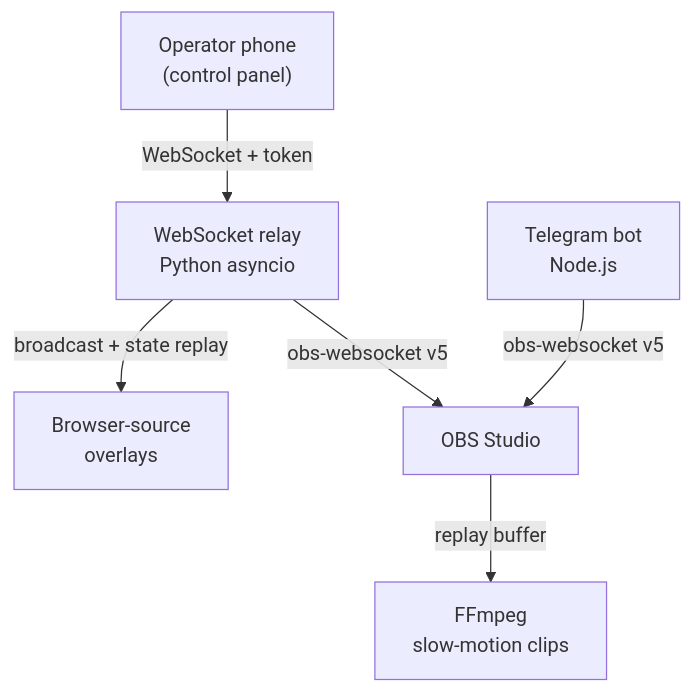
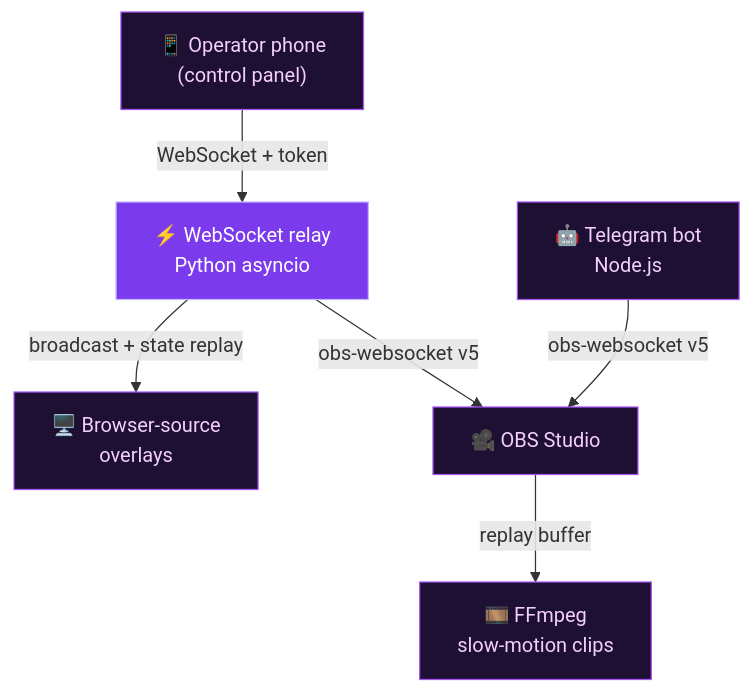
The first of 2 diagrams in README.md (Ol3Ramirez/Ol3Ramirez), drawn with Mermaid before and after one commit. The commit also changed other lines of this file and 1 other file, not shown here.

First line of the commit message:
feat(profile): restore visual layer with banner, tech icons and diagrams

````diff
--- a/README.md
+++ b/README.md
@@ -25,8 +87,12 @@
 ```mermaid
 flowchart TD
-  phone["Operator phone<br/>(control panel)"] -->|"WebSocket + token"| relay["WebSocket relay<br/>Python asyncio"]
-  relay -->|"broadcast + state replay"| overlays["Browser-source<br/>overlays"]
-  relay -->|"obs-websocket v5"| obs["OBS Studio"]
-  obs -->|"replay buffer"| ffmpeg["FFmpeg<br/>slow-motion clips"]
-  bot["Telegram bot<br/>Node.js"] -->|"obs-websocket v5"| obs
+  phone["📱 Operator phone<br/>(control panel)"] -->|"WebSocket + token"| relay["⚡ WebSocket relay<br/>Python asyncio"]
+  relay -->|"broadcast + state replay"| overlays["🖥️ Browser-source<br/>overlays"]
+  relay -->|"obs-websocket v5"| obs["🎥 OBS Studio"]
+  obs -->|"replay buffer"| ffmpeg["🎞️ FFmpeg<br/>slow-motion clips"]
+  bot["🤖 Telegram bot<br/>Node.js"] -->|"obs-websocket v5"| obs
+  classDef core fill:#7c3aed,stroke:#c4b5fd,color:#fff
+  classDef edge fill:#1e1033,stroke:#a855f7,color:#f5d0fe
+  class relay core
+  class phone,overlays,obs,ffmpeg,bot edge
 ```
````
